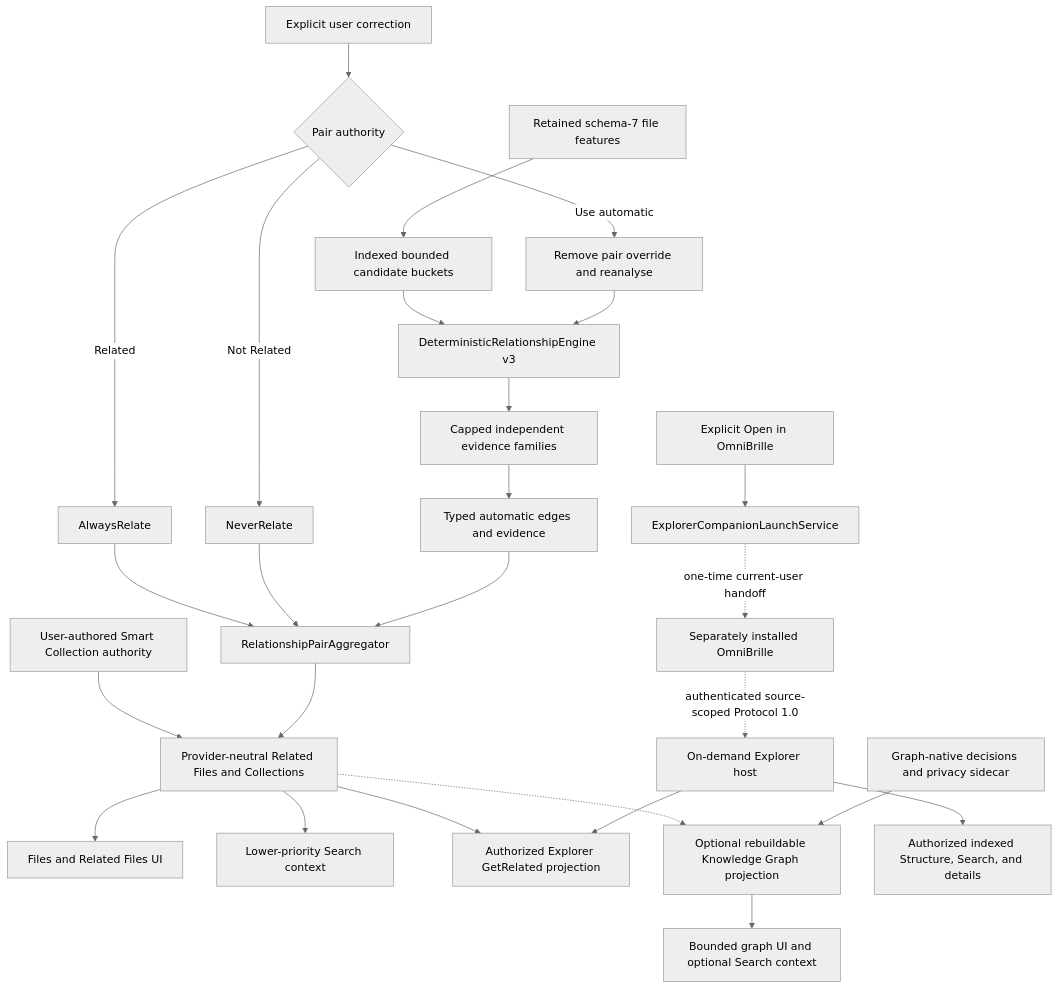
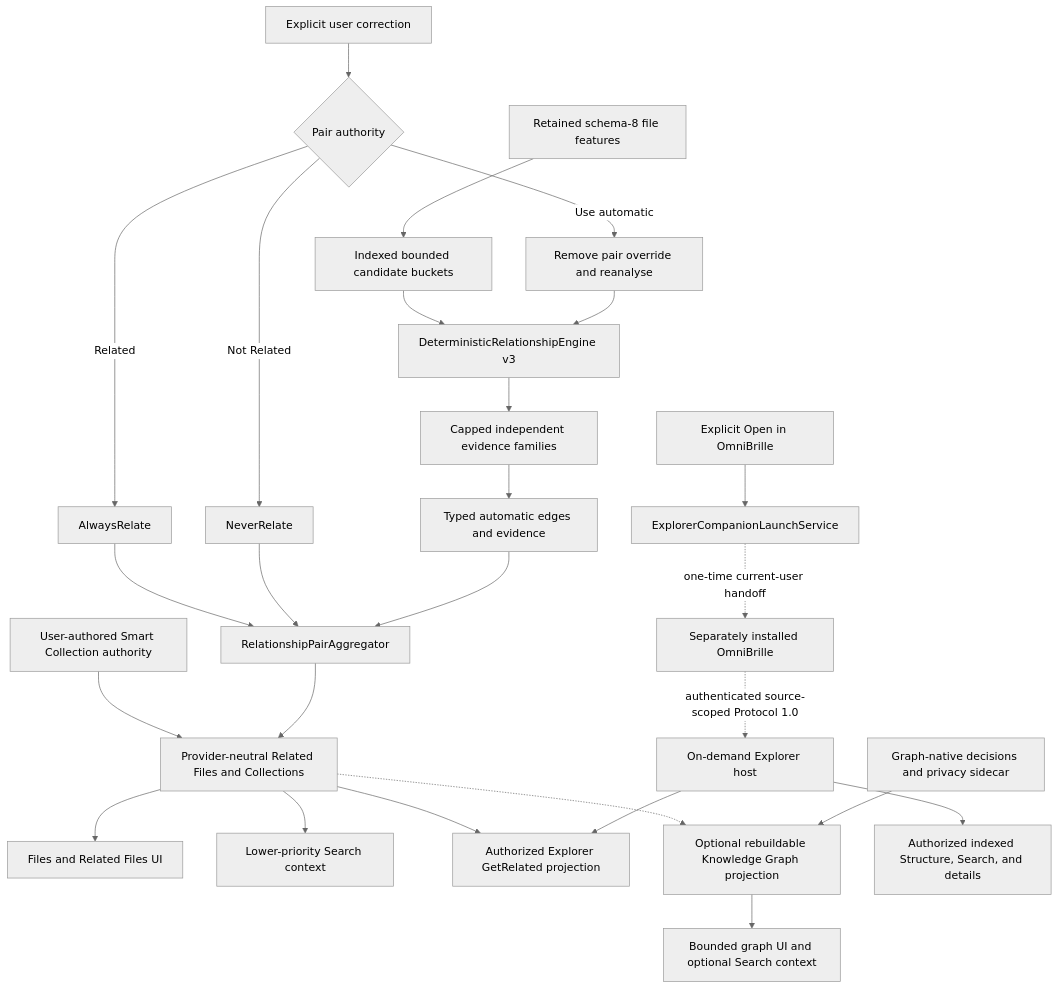
The fifth of 5 diagrams in docs/Architecture/OpenSorSe_System_Map.md (nishdel/OmniSorSe), drawn with Mermaid (neutral theme) before and after one commit. The commit also changed other lines of this file and 56 other files, not shown here.

````diff
--- a/docs/Architecture/OpenSorSe_System_Map.md
+++ b/docs/Architecture/OpenSorSe_System_Map.md
@@ -487,32 +502,32 @@
 ```mermaid
 flowchart TB
-    Retained["Retained schema-7 file features"] --> Buckets["Indexed bounded candidate buckets"]
+    Retained["Retained schema-8 file features"] --> Buckets["Indexed bounded candidate buckets"]
     Buckets --> Engine["DeterministicRelationshipEngine v3"]
     Engine --> Evidence["Capped independent evidence families"]
     Evidence --> Edges["Typed automatic edges and evidence"]
 
     User["Explicit user correction"] --> Pair{"Pair authority"}
     Pair -->|Related| Always["AlwaysRelate"]
     Pair -->|Not Related| Never["NeverRelate"]
     Pair -->|Use automatic| Remove["Remove pair override and reanalyse"]
     Always --> Aggregate["RelationshipPairAggregator"]
     Never --> Aggregate
     Remove --> Engine
     Edges --> Aggregate
 
     Collections["User-authored Smart Collection authority"] --> Related["Provider-neutral Related Files and Collections"]
     Aggregate --> Related
     Related --> FilesUI["Files and Related Files UI"]
     Related --> Search["Lower-priority Search context"]
     Related --> Explorer["Authorized Explorer GetRelated projection"]
 
     Related -.-> Graph["Optional rebuildable Knowledge Graph projection"]
     GraphDecisions["Graph-native decisions and privacy sidecar"] --> Graph
     Graph --> GraphUI["Bounded graph UI and optional Search context"]
 
     Owner["Explicit Open in OmniBrille"] --> Launch["ExplorerCompanionLaunchService"]
     Launch -.->|one-time current-user handoff| Companion["Separately installed OmniBrille"]
     Companion -.->|authenticated source-scoped Protocol 1.0| Host["On-demand Explorer host"]
     Host --> Explorer
     Host --> Structure["Authorized indexed Structure, Search, and details"]
 ```
````
